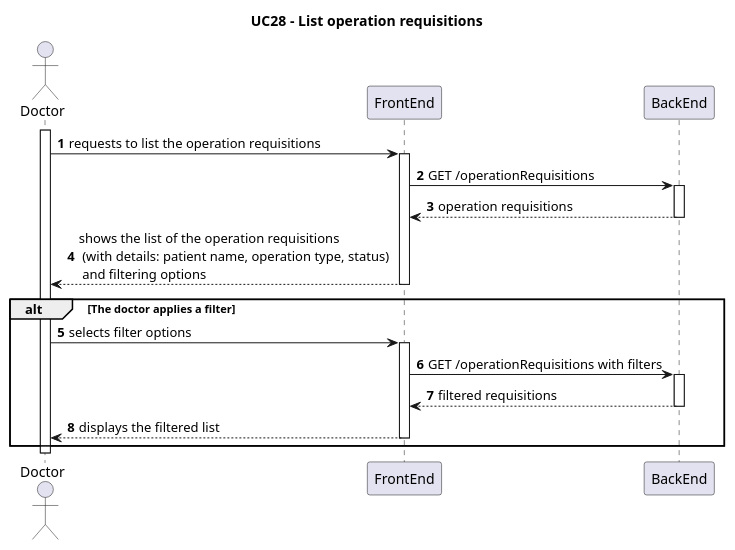
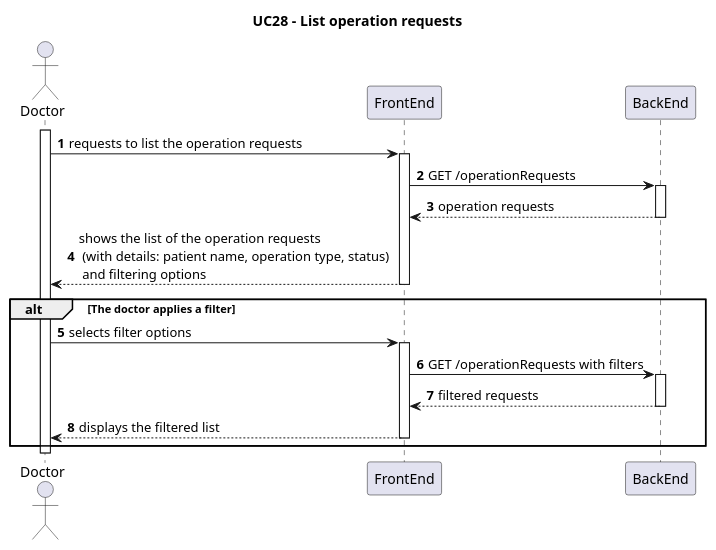
The diagram in Wiki/SprintA/diagrams/use-cases/28-list-operation-requisitions/level2/process-view.puml (MiguelCardoso77/SurgicalSync-BackEnd), drawn with PlantUML before and after one commit. The commit also changed 8 other files, not shown here.

```diff
--- a/Wiki/SprintA/diagrams/use-cases/28-list-operation-requisitions/level2/process-view.puml
+++ b/Wiki/SprintA/diagrams/use-cases/28-list-operation-requisitions/level2/process-view.puml
@@ -1,51 +1,51 @@
 @startuml
 autonumber
 
-Title "UC28 - List operation requisitions"
+Title "UC28 - List operation requests"
 
 actor "Doctor" as D
 
 participant "FrontEnd" as FE
 participant "BackEnd" as BE
 
 activate D
 
-D -> FE: requests to list the operation requisitions
+D -> FE: requests to list the operation requests
 
 activate FE
 
-FE -> BE: GET /operationRequisitions
+FE -> BE: GET /operationRequests
 
 activate BE
 
-BE --> FE: operation requisitions
+BE --> FE: operation requests
 
 deactivate BE
 
-FE --> D: shows the list of the operation requisitions \n (with details: patient name, operation type, status) \n and filtering options
+FE --> D: shows the list of the operation requests \n (with details: patient name, operation type, status) \n and filtering options
 
 deactivate FE
 
 alt The doctor applies a filter
 
     D -> FE: selects filter options
 
     activate FE
     
-    FE -> BE: GET /operationRequisitions with filters
+    FE -> BE: GET /operationRequests with filters
 
     activate BE
 
-    BE --> FE: filtered requisitions
+    BE --> FE: filtered requests
 
     deactivate BE
 
     FE --> D: displays the filtered list
 
     deactivate FE
 
 end
 
 deactivate D
 
 @enduml
```
